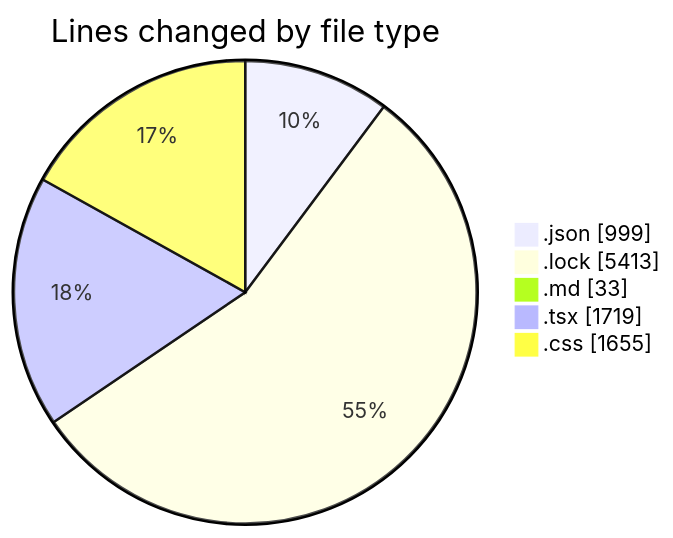
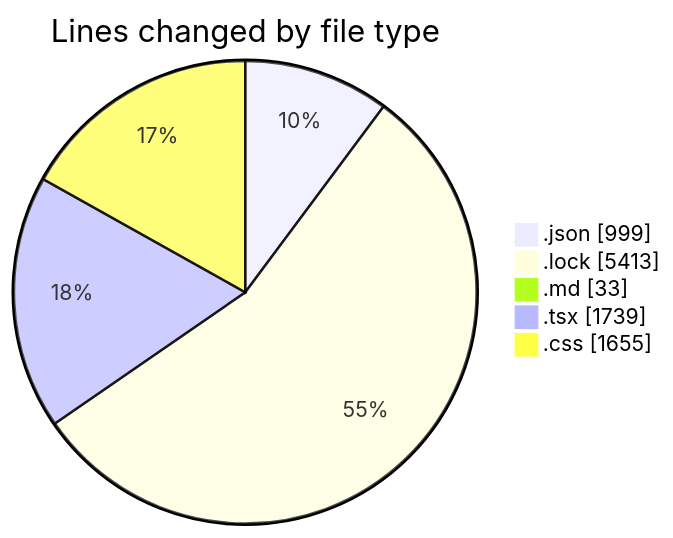
One commit to EIIisD/code-tracking changed the first of 2 diagrams in 2025-08-11/ribbon/README.md. Above: the diagram before and after it, drawn with Mermaid. The commit also changed other lines of this file and 1 other file, not shown here.

````diff
--- a/2025-08-11/ribbon/README.md
+++ b/2025-08-11/ribbon/README.md
@@ -40,9 +40,9 @@
 ```mermaid
 pie showData
 title Lines changed by file type
 ".json" : 999
 ".lock" : 5413
 ".md" : 33
-".tsx" : 1719
+".tsx" : 1739
 ".css" : 1655
 ```
````
